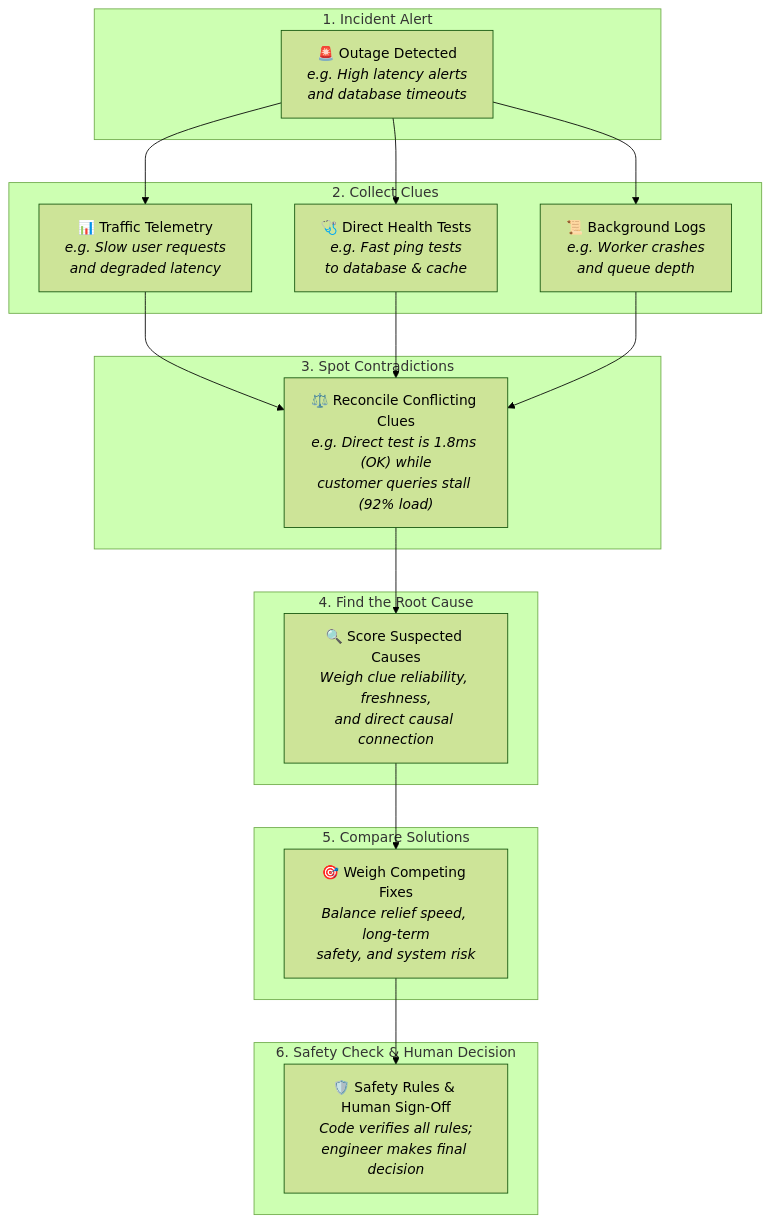
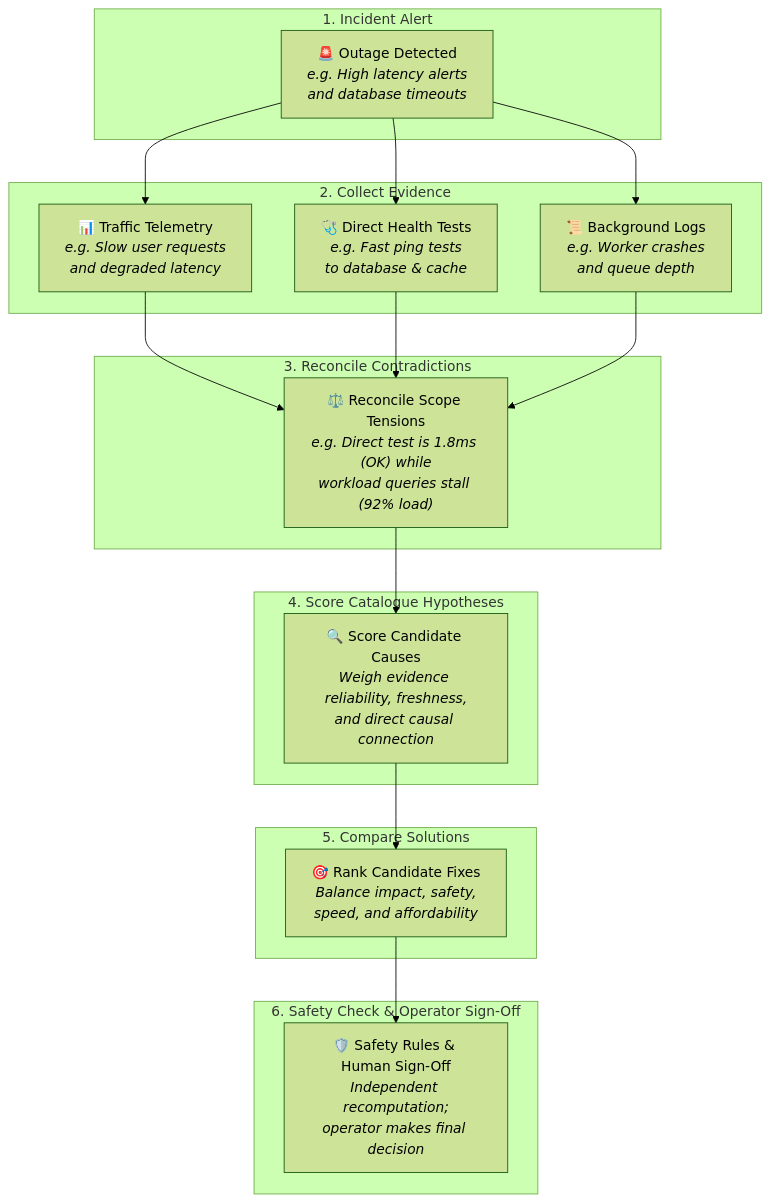
Before and after one commit to AnasBabari/LEC_AI: the second of 3 diagrams in README.md, drawn with Mermaid (forest theme). The commit also changed other lines of this file and 5 other files, not shown here.

````diff
--- a/README.md
+++ b/README.md
@@ -137,40 +123,40 @@
 ```mermaid
 flowchart TD
     subgraph S1["1. Incident Alert"]
         Alert["🚨 Outage Detected<br/><i>e.g. High latency alerts<br/>and database timeouts</i>"]
     end
 
-    subgraph S2["2. Collect Clues"]
+    subgraph S2["2. Collect Evidence"]
         Telemetry["📊 Traffic Telemetry<br/><i>e.g. Slow user requests<br/>and degraded latency</i>"]
         Probes["🩺 Direct Health Tests<br/><i>e.g. Fast ping tests<br/>to database & cache</i>"]
         Logs["📜 Background Logs<br/><i>e.g. Worker crashes<br/>and queue depth</i>"]
     end
 
-    subgraph S3["3. Spot Contradictions"]
-        Tension["⚖️ Reconcile Conflicting Clues<br/><i>e.g. Direct test is 1.8ms (OK) while<br/>customer queries stall (92% load)</i>"]
+    subgraph S3["3. Reconcile Contradictions"]
+        Tension["⚖️ Reconcile Scope Tensions<br/><i>e.g. Direct test is 1.8ms (OK) while<br/>workload queries stall (92% load)</i>"]
     end
 
-    subgraph S4["4. Find the Root Cause"]
-        Causes["🔍 Score Suspected Causes<br/><i>Weigh clue reliability, freshness,<br/>and direct causal connection</i>"]
+    subgraph S4["4. Score Catalogue Hypotheses"]
+        Causes["🔍 Score Candidate Causes<br/><i>Weigh evidence reliability, freshness,<br/>and direct causal connection</i>"]
     end
 
     subgraph S5["5. Compare Solutions"]
-        Repairs["🎯 Weigh Competing Fixes<br/><i>Balance relief speed, long-term<br/>safety, and system risk</i>"]
+        Repairs["🎯 Rank Candidate Fixes<br/><i>Balance impact, safety,<br/>speed, and affordability</i>"]
     end
 
-    subgraph S6["6. Safety Check & Human Decision"]
-        Approval["🛡️ Safety Rules & Human Sign-Off<br/><i>Code verifies all rules;<br/>engineer makes final decision</i>"]
+    subgraph S6["6. Safety Check & Operator Sign-Off"]
+        Approval["🛡️ Safety Rules & Human Sign-Off<br/><i>Independent recomputation;<br/>operator makes final decision</i>"]
     end
 
     Alert --> Telemetry
     Alert --> Probes
     Alert --> Logs
 
     Telemetry --> Tension
     Probes --> Tension
     Logs --> Tension
 
     Tension --> Causes
     Causes --> Repairs
     Repairs --> Approval
 ```
````
